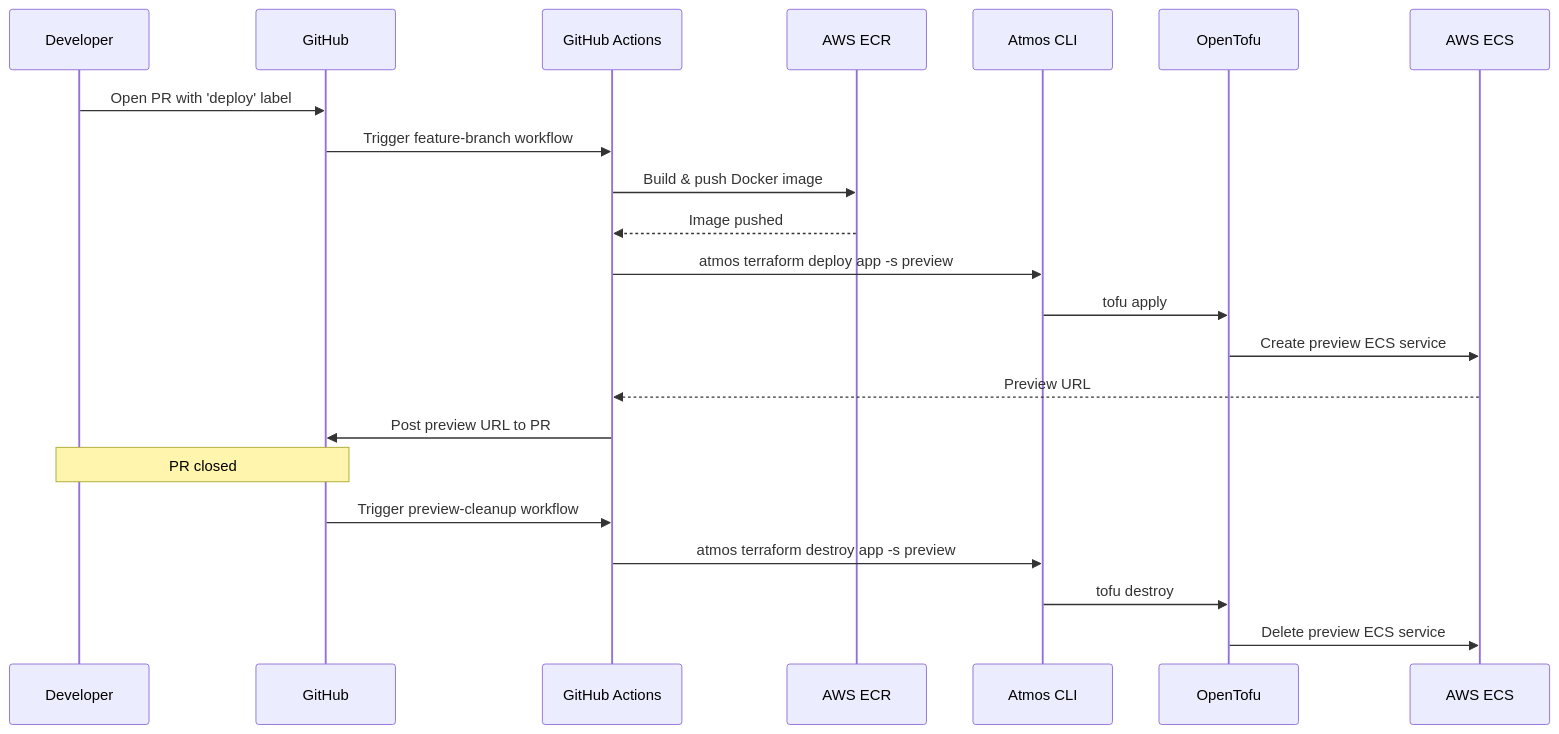
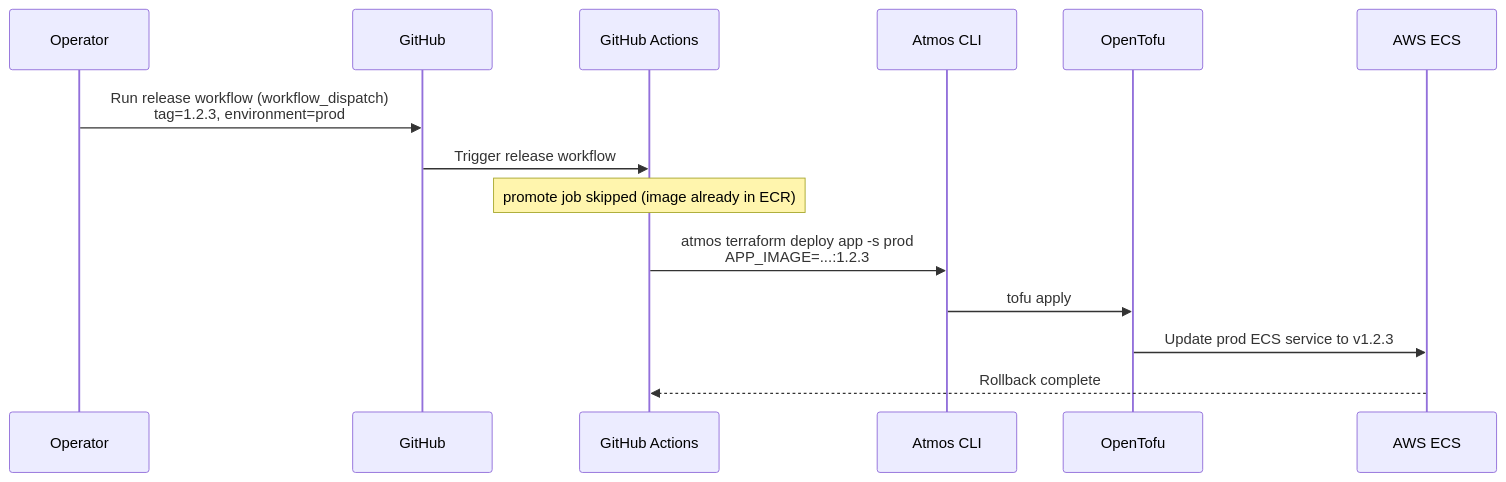
Before and after one commit to cloudposse-examples/atmos-native-ci: the fourth of 5 diagrams in .github/workflows/README.md, drawn with Mermaid. The commit also changed other lines of this file and 6 other files, not shown here.

First line of the commit message:
Refactor pipelines for merge-queue dev deploy and rollback-capable release (#47)

````diff
--- a/.github/workflows/README.md
+++ b/.github/workflows/README.md
@@ -64,25 +127,17 @@
 ```mermaid
 sequenceDiagram
-    participant Dev as Developer
+    participant Op as Operator
     participant GH as GitHub
     participant GA as GitHub Actions
-    participant ECR as AWS ECR
     participant Atmos as Atmos CLI
     participant TF as OpenTofu
     participant ECS as AWS ECS
 
-    Dev->>GH: Open PR with 'deploy' label
-    GH->>GA: Trigger feature-branch workflow
-    GA->>ECR: Build & push Docker image
-    ECR-->>GA: Image pushed
-    GA->>Atmos: atmos terraform deploy app -s preview
+    Op->>GH: Run release workflow (workflow_dispatch)<br/>tag=1.2.3, environment=prod
+    GH->>GA: Trigger release workflow
+    Note over GA: promote job skipped (image already in ECR)
+    GA->>Atmos: atmos terraform deploy app -s prod<br/>APP_IMAGE=...:1.2.3
     Atmos->>TF: tofu apply
-    TF->>ECS: Create preview ECS service
-    ECS-->>GA: Preview URL
-    GA->>GH: Post preview URL to PR
-    Note over Dev,GH: PR closed
-    GH->>GA: Trigger preview-cleanup workflow
-    GA->>Atmos: atmos terraform destroy app -s preview
-    Atmos->>TF: tofu destroy
-    TF->>ECS: Delete preview ECS service
+    TF->>ECS: Update prod ECS service to v1.2.3
+    ECS-->>GA: Rollback complete
 ```
````
